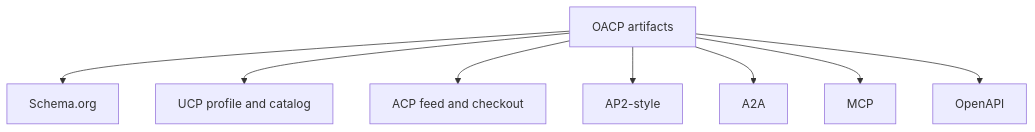
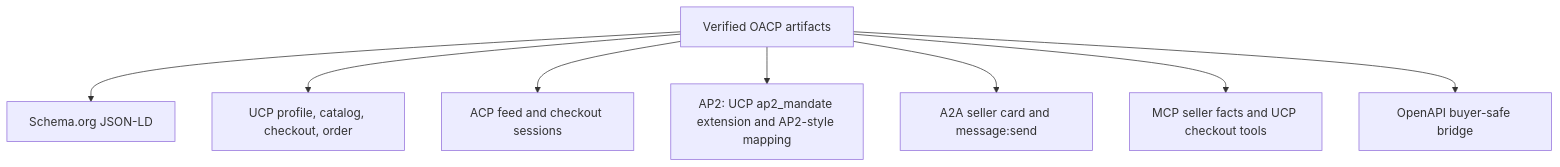
The diagram in docs/oacp/explainers/protocol-partner-mappings.md (mishrasanjeev/agentic-org), drawn with Mermaid before and after one commit. The commit also changed other lines of this file and 36 other files, not shown here.

Commit message:
docs(oacp): closure status on main and in production, flag reference with turn-on order and rollback, and corrected signing and execution wording

````diff
--- a/docs/oacp/explainers/protocol-partner-mappings.md
+++ b/docs/oacp/explainers/protocol-partner-mappings.md
@@ -7,10 +17,10 @@
 ```mermaid
 flowchart TD
-  oacp[OACP artifacts] --> schema[Schema.org]
-  oacp --> ucp[UCP profile and catalog]
-  oacp --> acp[ACP feed and checkout]
-  oacp --> ap2[AP2-style]
-  oacp --> a2a[A2A]
-  oacp --> mcp[MCP]
-  oacp --> openapi[OpenAPI]
+  oacp[Verified OACP artifacts] --> schema[Schema.org JSON-LD]
+  oacp --> ucp[UCP profile, catalog, checkout, order]
+  oacp --> acp[ACP feed and checkout sessions]
+  oacp --> ap2[AP2: UCP ap2_mandate extension and AP2-style mapping]
+  oacp --> a2a[A2A seller card and message:send]
+  oacp --> mcp[MCP seller facts and UCP checkout tools]
+  oacp --> openapi[OpenAPI buyer-safe bridge]
 ```
````
